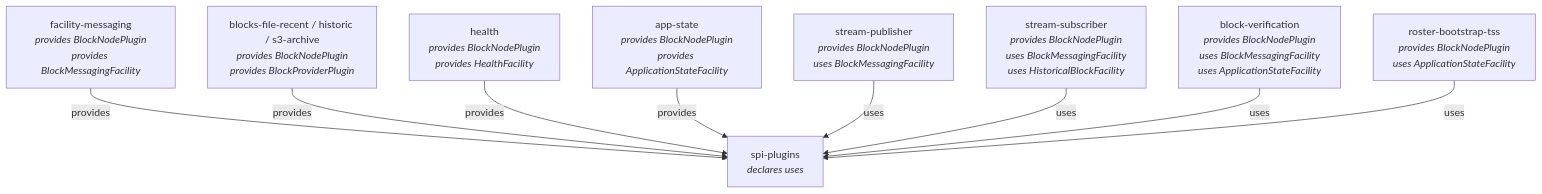
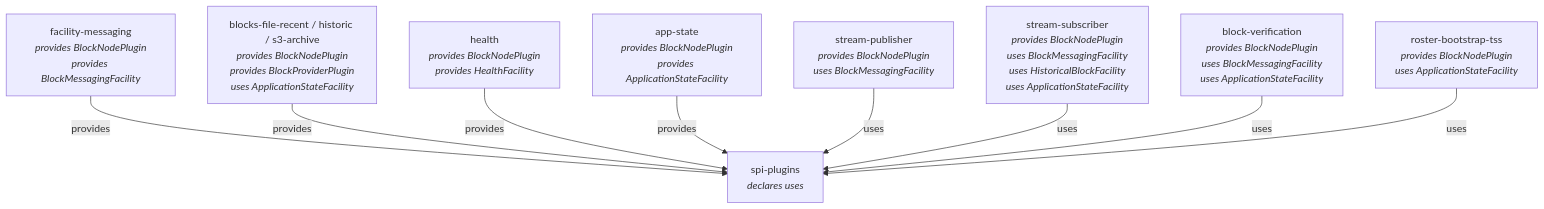
The third of 4 diagrams in docs/design/architecture/new-plugin-architecture.md (hiero-ledger/hiero-block-node), drawn with Mermaid before and after one commit. The commit also changed other lines of this file and 6 other files, not shown here.

````diff
--- a/docs/design/architecture/new-plugin-architecture.md
+++ b/docs/design/architecture/new-plugin-architecture.md
@@ -457,23 +492,23 @@
 ```mermaid
 flowchart TD
     SPI[spi-plugins\n<i>declares uses</i>]
 
     MSGF[facility-messaging\n<i>provides BlockNodePlugin</i>\n<i>provides BlockMessagingFacility</i>]
-    HISTF[blocks-file-recent / historic / s3-archive\n<i>provides BlockNodePlugin</i>\n<i>provides BlockProviderPlugin</i>]
+    HISTF[blocks-file-recent / historic / s3-archive\n<i>provides BlockNodePlugin</i>\n<i>provides BlockProviderPlugin</i>\n<i>uses ApplicationStateFacility</i>]
     HEALTHF[health\n<i>provides BlockNodePlugin</i>\n<i>provides HealthFacility</i>]
     STATEF[app-state\n<i>provides BlockNodePlugin</i>\n<i>provides ApplicationStateFacility</i>]
 
     PUB[stream-publisher\n<i>provides BlockNodePlugin</i>\n<i>uses BlockMessagingFacility</i>]
-    SUB[stream-subscriber\n<i>provides BlockNodePlugin</i>\n<i>uses BlockMessagingFacility</i>\n<i>uses HistoricalBlockFacility</i>]
+    SUB[stream-subscriber\n<i>provides BlockNodePlugin</i>\n<i>uses BlockMessagingFacility</i>\n<i>uses HistoricalBlockFacility</i>\n<i>uses ApplicationStateFacility</i>]
     VER[block-verification\n<i>provides BlockNodePlugin</i>\n<i>uses BlockMessagingFacility</i>\n<i>uses ApplicationStateFacility</i>]
     TSS[roster-bootstrap-tss\n<i>provides BlockNodePlugin</i>\n<i>uses ApplicationStateFacility</i>]
 
     MSGF -->|provides| SPI
     HISTF -->|provides| SPI
     HEALTHF -->|provides| SPI
     STATEF -->|provides| SPI
     PUB -->|uses| SPI
     SUB -->|uses| SPI
     VER -->|uses| SPI
     TSS -->|uses| SPI
 ```
````
